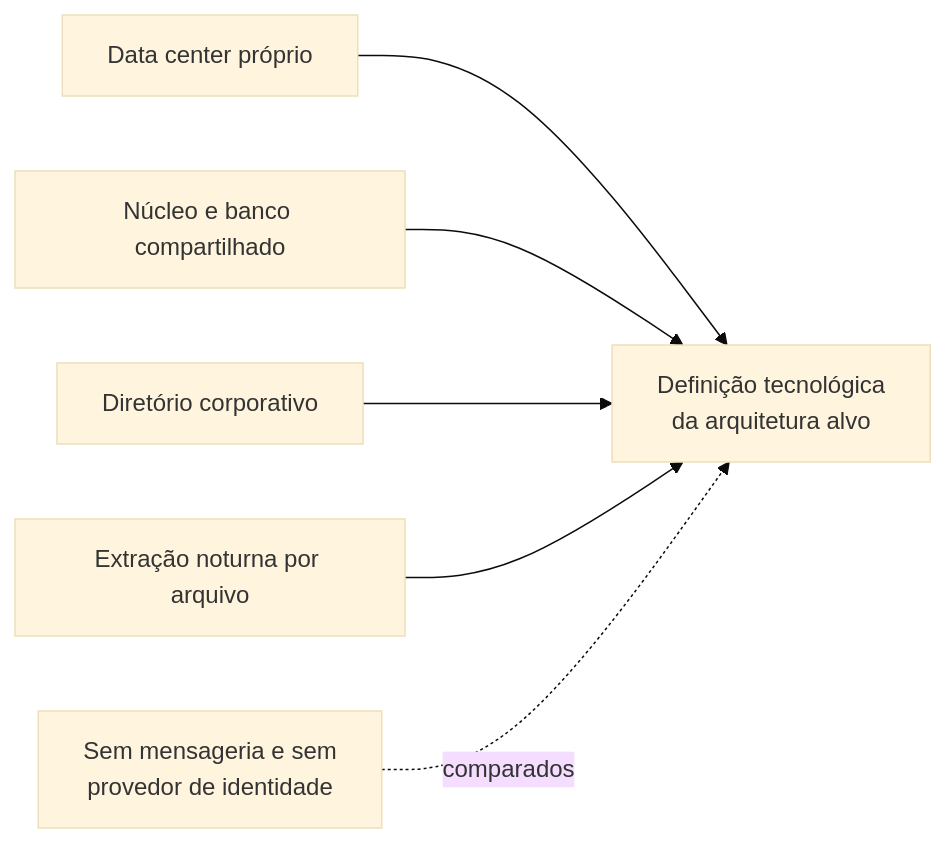
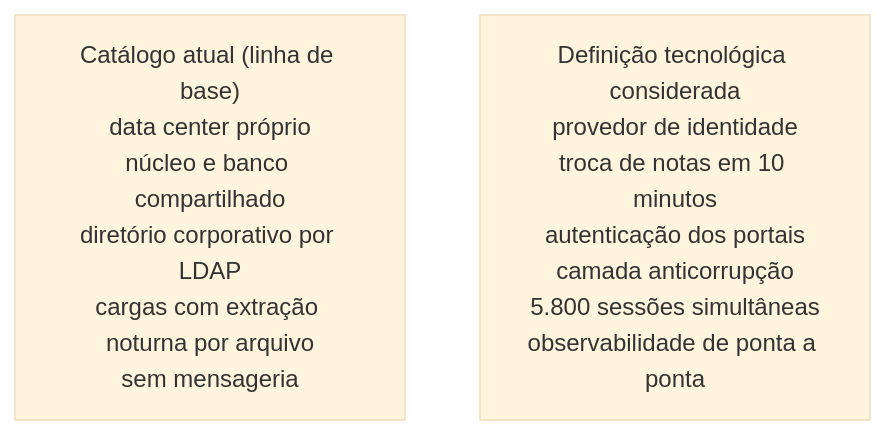
One commit to aulas-marco/projeto-arquitetura-software changed the second of 2 diagrams in docs/modulo-5-frameworks-e-tecnologias/bloco-4-adr-de-plataforma.md. Above: the diagram before and after it, drawn with Mermaid (base theme). The commit also changed other lines of this file, not shown here.

Commit message:
fix(aula-5): redefine o item 4 do exercicio 20 com definicao considerada e linha de base

````diff
--- a/docs/modulo-5-frameworks-e-tecnologias/bloco-4-adr-de-plataforma.md
+++ b/docs/modulo-5-frameworks-e-tecnologias/bloco-4-adr-de-plataforma.md
@@ -135,8 +136,5 @@
 ```mermaid
-graph LR
-    DC["Data center próprio"] --> DEF["Definição tecnológica<br/>da arquitetura alvo"]
-    BD["Núcleo e banco compartilhado"] --> DEF
-    DIR["Diretório corporativo"] --> DEF
-    EXT["Extração noturna por arquivo"] --> DEF
-    AUS["Sem mensageria e sem<br/>provedor de identidade"] -.->|"comparados"| DEF
+graph TB
+    CAT["Catálogo atual (linha de base)<br/>data center próprio<br/>núcleo e banco compartilhado<br/>diretório corporativo por LDAP<br/>cargas com extração noturna por arquivo<br/>sem mensageria"]
+    DEF["Definição tecnológica considerada<br/>provedor de identidade<br/>troca de notas em 10 minutos<br/>autenticação dos portais<br/>camada anticorrupção<br/>5.800 sessões simultâneas<br/>observabilidade de ponta a ponta"]
 ```
````
